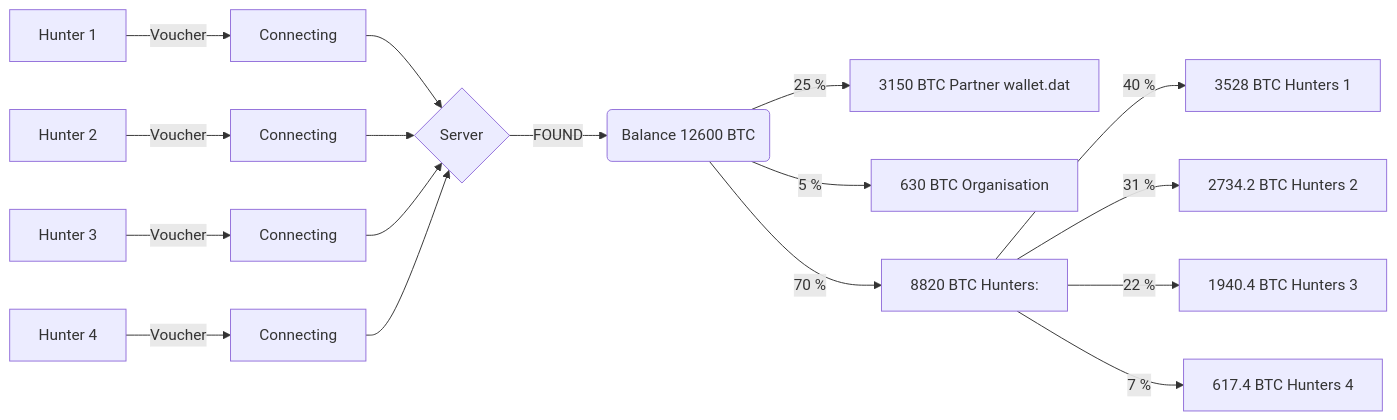
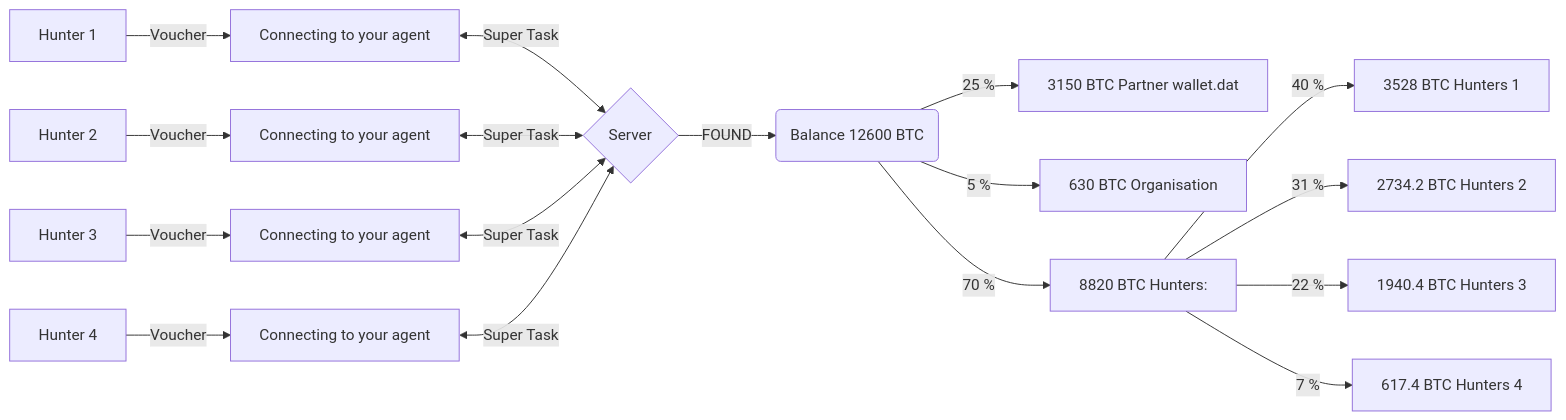
Before and after one commit to flian/LostWallets: the diagram in README.md, drawn with Mermaid.

````diff
--- a/README.md
+++ b/README.md
@@ -16,21 +16,21 @@
 ```mermaid
 flowchart LR
 
 A[Hunter 1] -->|Voucher| T(Connecting)
 F[Hunter 2] -->|Voucher| H(Connecting)
 G[Hunter 3] -->|Voucher| U(Connecting)
 J[Hunter 4] -->|Voucher| M(Connecting)
-T[Connecting] --> C{Server}
-H[Connecting] --> C{Server}
-U[Connecting] --> C{Server}
-M[Connecting] --> C{Server}
+T[Connecting to your agent] <-->|Super Task| C{Server}
+H[Connecting to your agent] <-->|Super Task| C{Server}
+U[Connecting to your agent] <-->|Super Task| C{Server}
+M[Connecting to your agent] <-->|Super Task| C{Server}
 C -->|FOUND| D(Balance 12600 BTC)
 D -->|25 %| E[3150 BTC Partner wallet.dat]
 D -->|5 %| X[630 BTC Organisation]
 D -->|70 %| Y[8820 BTC Hunters:]
 Y -->|40 %| W[3528 BTC Hunters 1]
 Y -->|31 %| Z[2734.2 BTC Hunters 2]
 Y -->|22 %| P[1940.4 BTC Hunters 3]
 Y -->|7 %| S[617.4 BTC Hunters 4]
 
 ```
````
